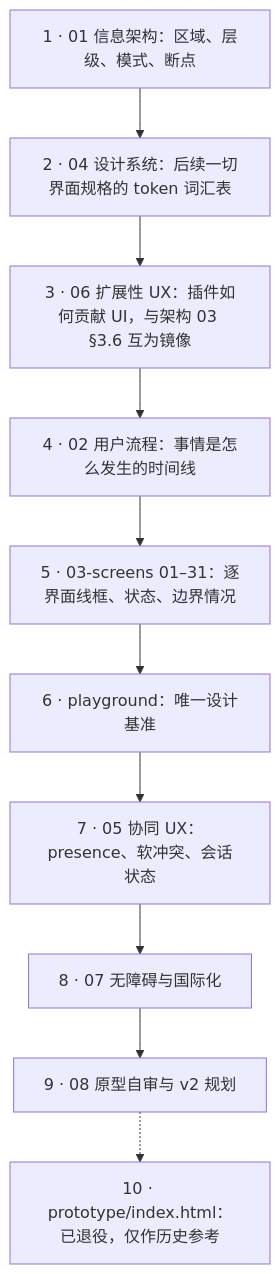
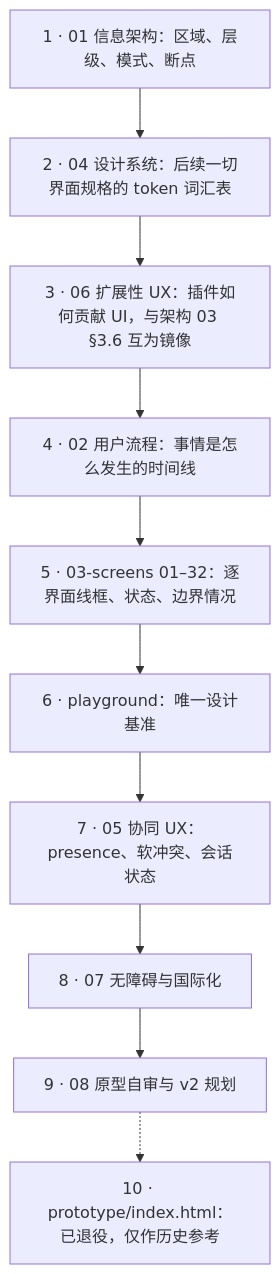
Before and after one commit to Xeonice/cordis-ppt-editor: the diagram in docs/20-design/README.md, drawn with Mermaid. The commit also changed other lines of this file and 16 other files, not shown here.

````diff
--- a/docs/20-design/README.md
+++ b/docs/20-design/README.md
@@ -65,15 +65,15 @@
 ```mermaid
 flowchart TB
   r1["1 · 01 信息架构：区域、层级、模式、断点"]
   r2["2 · 04 设计系统：后续一切界面规格的 token 词汇表"]
   r3["3 · 06 扩展性 UX：插件如何贡献 UI，与架构 03 §3.6 互为镜像"]
   r4["4 · 02 用户流程：事情是怎么发生的时间线"]
-  r5["5 · 03-screens 01–31：逐界面线框、状态、边界情况"]
+  r5["5 · 03-screens 01–32：逐界面线框、状态、边界情况"]
   r6["6 · playground：唯一设计基准"]
   r7["7 · 05 协同 UX：presence、软冲突、会话状态"]
   r8["8 · 07 无障碍与国际化"]
   r9["9 · 08 原型自审与 v2 规划"]
   r10["10 · prototype/index.html：已退役，仅作历史参考"]
   r1 --> r2 --> r3 --> r4 --> r5 --> r6 --> r7 --> r8 --> r9
   r9 -.-> r10
 ```
````
